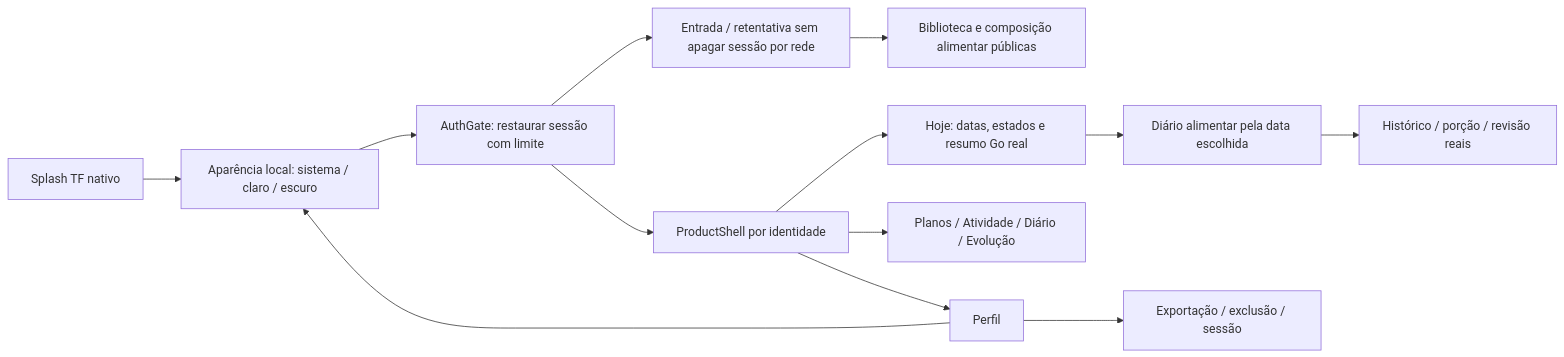
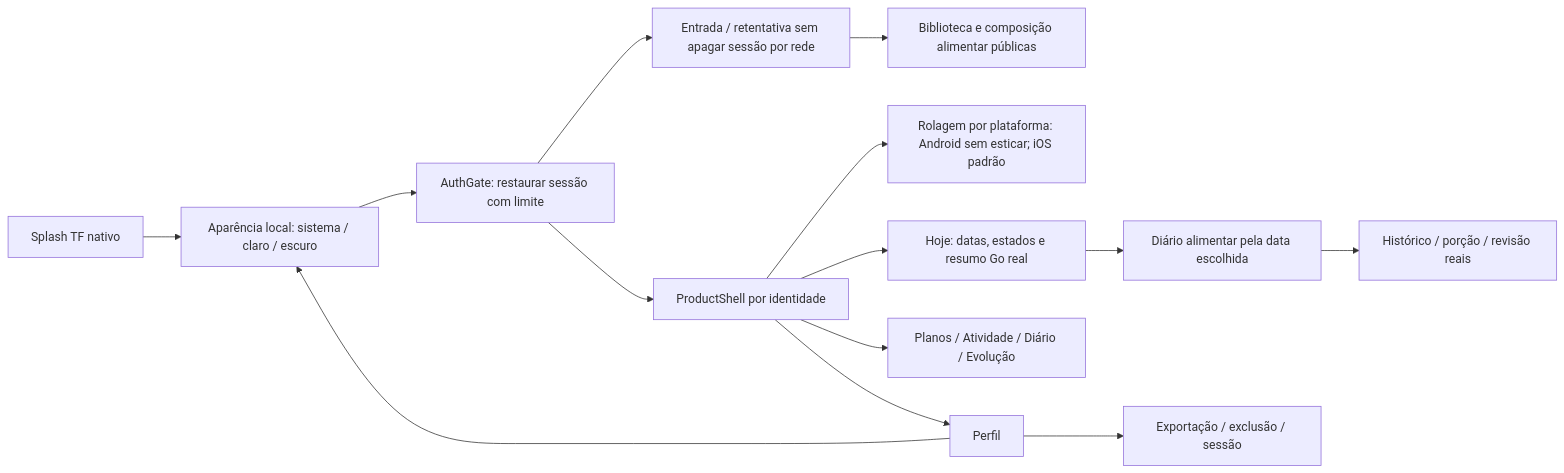
The first of 2 diagrams in docs/arquitetura/fluxos.md (richardcastrogois/TrainForge), drawn with Mermaid before and after one commit. The commit also changed other lines of this file and 32 other files, not shown here.

Commit message:
fix(frontend): apply graphite-lime theme and platform scrolling

````diff
--- a/docs/arquitetura/fluxos.md
+++ b/docs/arquitetura/fluxos.md
@@ -9,15 +9,16 @@
 ```mermaid
 flowchart LR
   launch["Splash TF nativo"] --> appearance["Aparência local: sistema / claro / escuro"]
   appearance --> gate["AuthGate: restaurar sessão com limite"]
+  shell --> scroll["Rolagem por plataforma: Android sem esticar; iOS padrão"]
   gate --> entry["Entrada / retentativa sem apagar sessão por rede"]
   gate --> shell["ProductShell por identidade"]
   shell --> today["Hoje: datas, estados e resumo Go real"]
   shell --> tabs["Planos / Atividade / Diário / Evolução"]
   today --> day["Diário alimentar pela data escolhida"]
   shell --> profile["Perfil"]
   profile --> appearance
   profile --> privacy["Exportação / exclusão / sessão"]
   entry --> public["Biblioteca e composição alimentar públicas"]
   day --> nutrition["Histórico / porção / revisão reais"]
 ```
````
